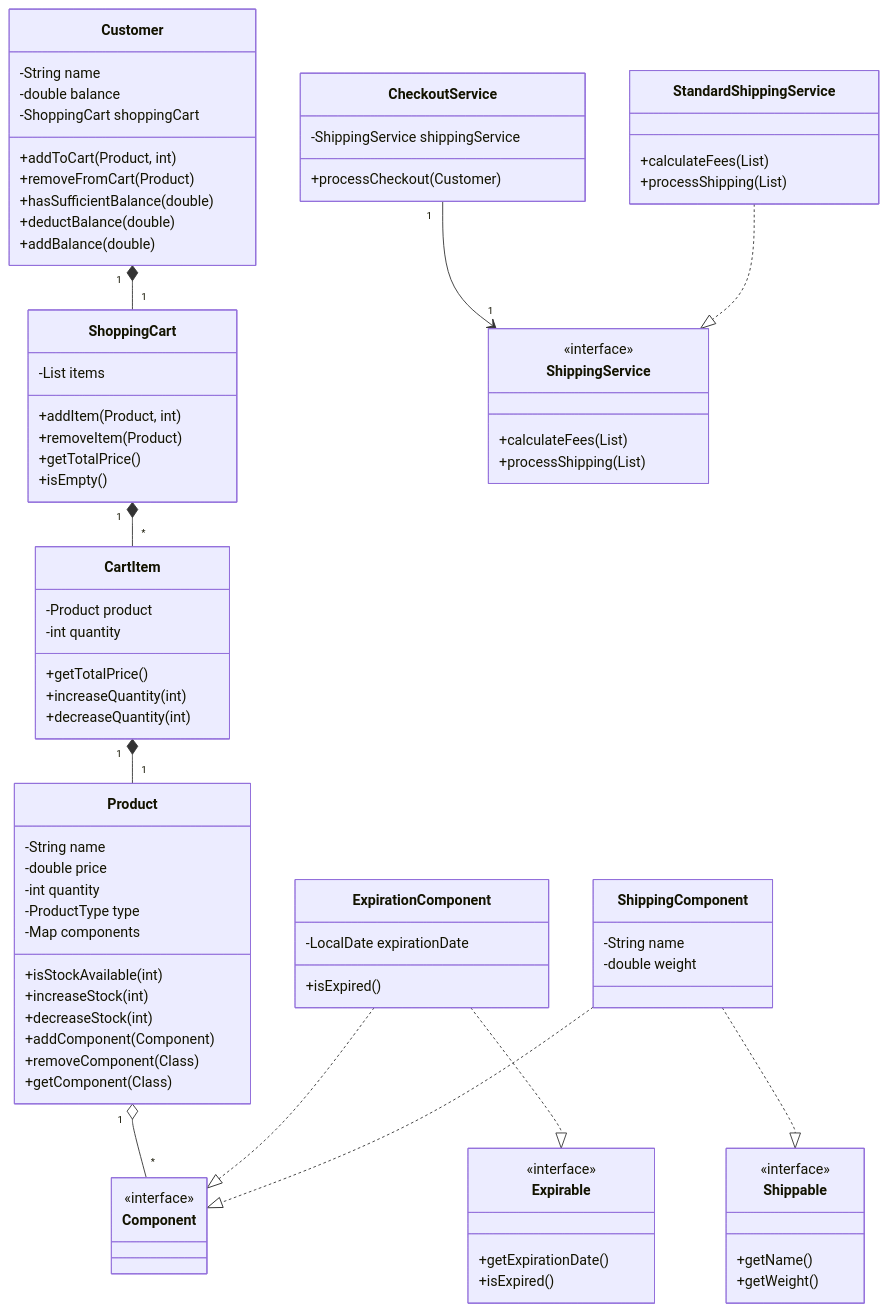
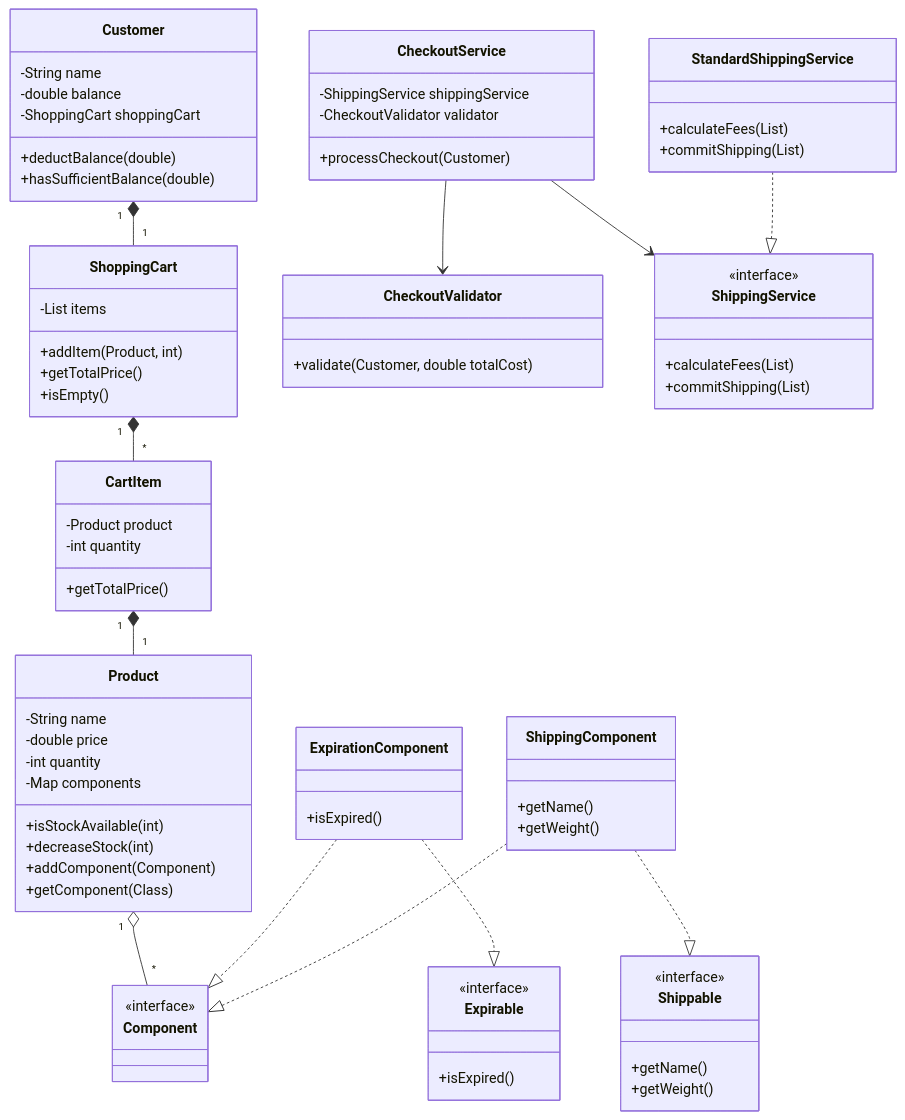
Before and after one commit to Abdulrahman295/Fawry-Ecommerce-Challenge: the diagram in README.md, drawn with Mermaid. The commit also changed other lines of this file, not shown here.

````diff
--- a/README.md
+++ b/README.md
@@ -72,17 +72,13 @@
         -String name
         -double balance
         -ShoppingCart shoppingCart
-        +addToCart(Product, int)
-        +removeFromCart(Product)
+        +deductBalance(double)
         +hasSufficientBalance(double)
-        +deductBalance(double)
-        +addBalance(double)
     }
 
     class ShoppingCart {
         -List<CartItem> items
         +addItem(Product, int)
-        +removeItem(Product)
         +getTotalPrice()
         +isEmpty()
     }
@@ -91,21 +87,16 @@
         -Product product
         -int quantity
         +getTotalPrice()
-        +increaseQuantity(int)
-        +decreaseQuantity(int)
     }
 
     class Product {
         -String name
         -double price
         -int quantity
-        -ProductType type
         -Map<Class, Component> components
         +isStockAvailable(int)
-        +increaseStock(int)
         +decreaseStock(int)
         +addComponent(Component)
-        +removeComponent(Class)
         +getComponent(Class)
     }
 
@@ -114,18 +105,16 @@
     }
 
     class ExpirationComponent {
-        -LocalDate expirationDate
         +isExpired()
     }
 
     class ShippingComponent {
-        -String name
-        -double weight
+        +getName()
+        +getWeight()
     }
 
     class Expirable {
         <<interface>>
-        +getExpirationDate()
         +isExpired()
     }
 
@@ -137,18 +126,23 @@
 
     class CheckoutService {
         -ShippingService shippingService
+        -CheckoutValidator validator
         +processCheckout(Customer)
+    }
+
+    class CheckoutValidator {
+        +validate(Customer, double totalCost)
     }
 
     class ShippingService {
         <<interface>>
         +calculateFees(List<Shippable>)
-        +processShipping(List<Shippable>)
+        +commitShipping(List<Shippable>)
     }
 
     class StandardShippingService {
         +calculateFees(List<Shippable>)
-        +processShipping(List<Shippable>)
+        +commitShipping(List<Shippable>)
     }
 
     Customer "1" *-- "1" ShoppingCart
@@ -159,6 +153,7 @@
     ExpirationComponent ..|> Expirable
     ShippingComponent ..|> Component
     ShippingComponent ..|> Shippable
-    CheckoutService "1" --> "1" ShippingService
+    CheckoutService --> ShippingService
+    CheckoutService --> CheckoutValidator
     StandardShippingService ..|> ShippingService
 ```
````
